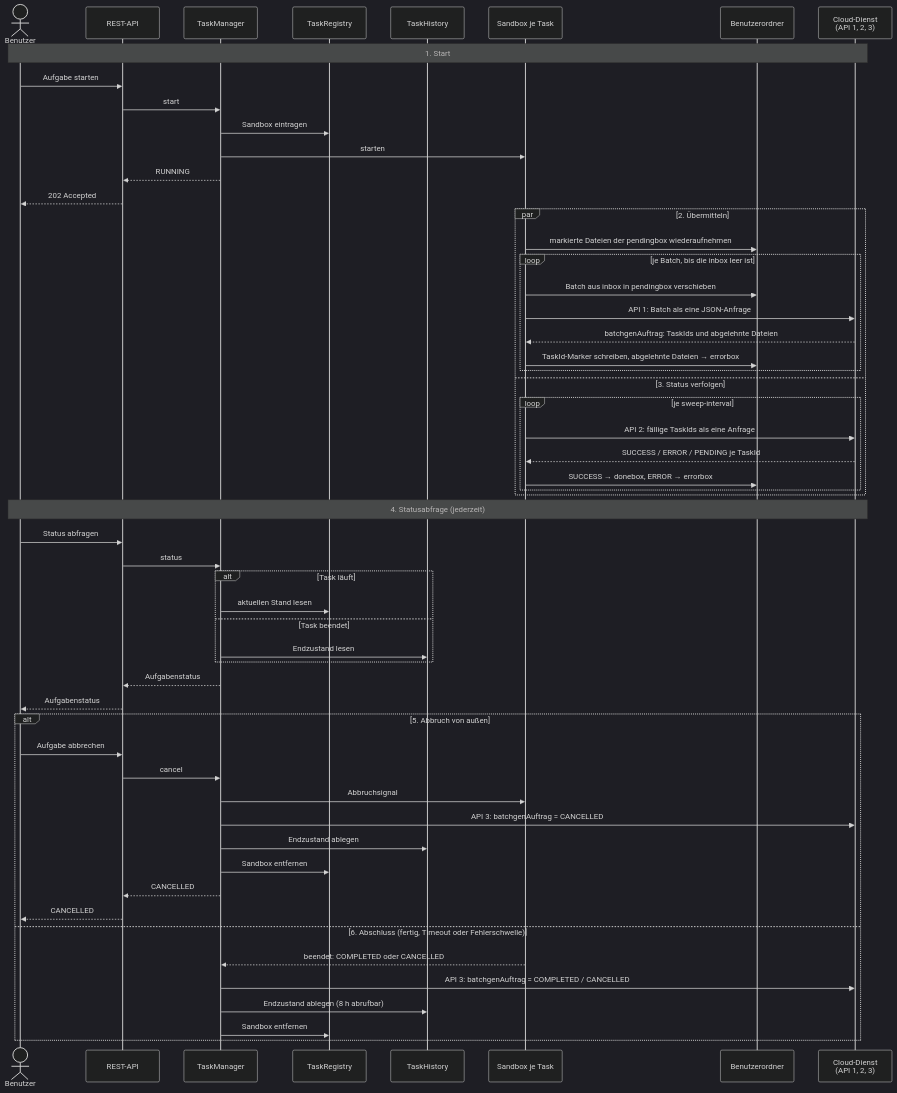
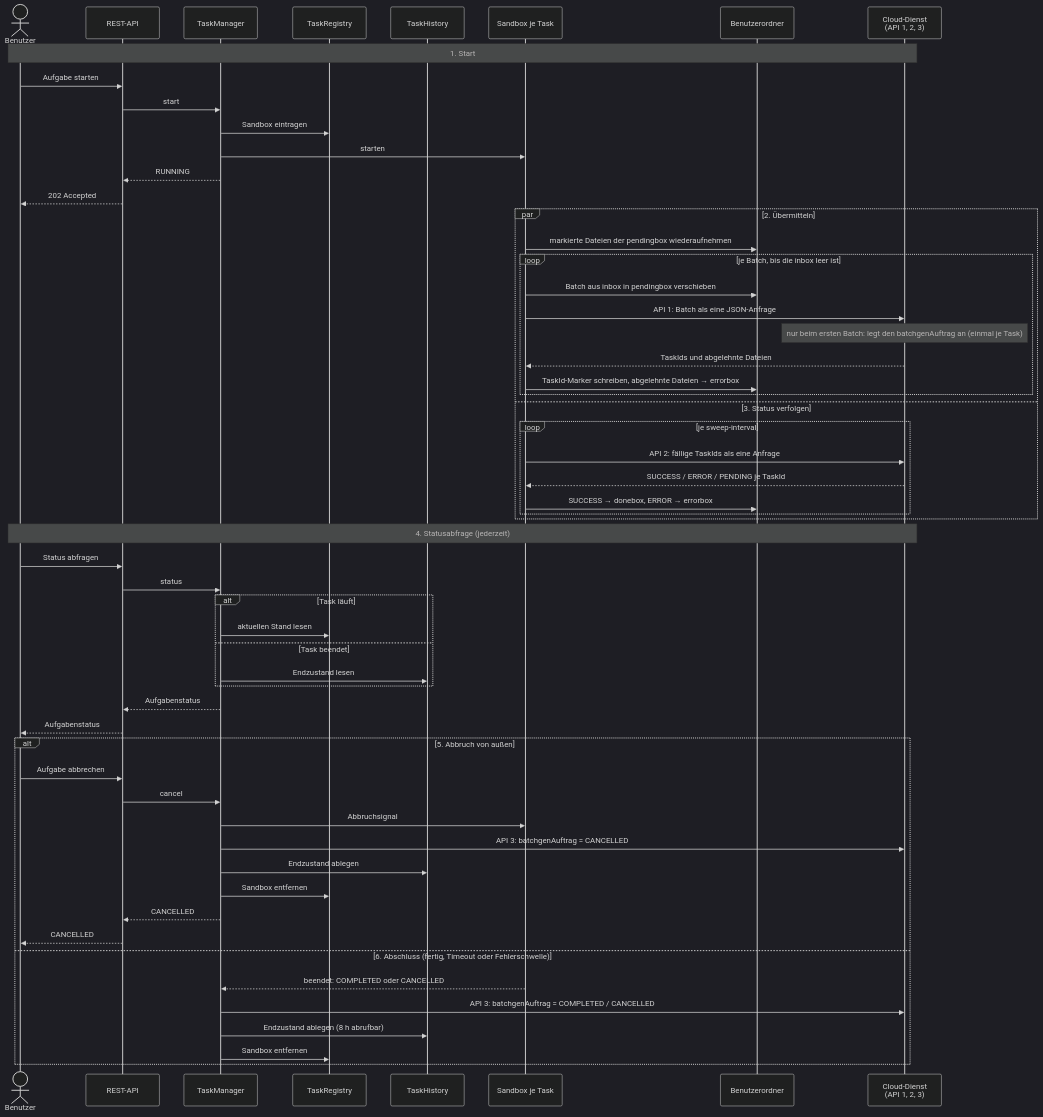
The diagram in docs/architect/funktionsweise_sequenz.mmd (wwsstl/asynchrone-anwendungsarchitektur), drawn with Mermaid (dark theme) before and after one commit. The commit also changed 4 other files, not shown here.

```diff
--- a/docs/architect/funktionsweise_sequenz.mmd
+++ b/docs/architect/funktionsweise_sequenz.mmd
@@ -1,62 +1,63 @@
 sequenceDiagram
     %% Erste Ebene zu funktionsweise_sequenz.md – die Sandbox je Task ist eine Blackbox
 
     actor B as Benutzer
     participant API as REST-API
     participant TM as TaskManager
     participant Reg as TaskRegistry
     participant Hist as TaskHistory
     participant S as Sandbox je Task
     participant O as Benutzerordner
     participant Cloud as Cloud-Dienst<br/>(API 1, 2, 3)
 
     Note over B,Cloud: 1. Start
     B->>API: Aufgabe starten
     API->>TM: start
     TM->>Reg: Sandbox eintragen
     TM->>S: starten
     TM-->>API: RUNNING
     API-->>B: 202 Accepted
 
     par 2. Übermitteln
         S->>O: markierte Dateien der pendingbox wiederaufnehmen
         loop je Batch, bis die inbox leer ist
             S->>O: Batch aus inbox in pendingbox verschieben
             S->>Cloud: API 1: Batch als eine JSON-Anfrage
-            Cloud-->>S: batchgenAuftrag: TaskIds und abgelehnte Dateien
+            Note over Cloud: nur beim ersten Batch: legt den batchgenAuftrag an (einmal je Task)
+            Cloud-->>S: TaskIds und abgelehnte Dateien
             S->>O: TaskId-Marker schreiben, abgelehnte Dateien → errorbox
         end
     and 3. Status verfolgen
         loop je sweep-interval
             S->>Cloud: API 2: fällige TaskIds als eine Anfrage
             Cloud-->>S: SUCCESS / ERROR / PENDING je TaskId
             S->>O: SUCCESS → donebox, ERROR → errorbox
         end
     end
 
     Note over B,Cloud: 4. Statusabfrage (jederzeit)
     B->>API: Status abfragen
     API->>TM: status
     alt Task läuft
         TM->>Reg: aktuellen Stand lesen
     else Task beendet
         TM->>Hist: Endzustand lesen
     end
     TM-->>API: Aufgabenstatus
     API-->>B: Aufgabenstatus
 
     alt 5. Abbruch von außen
         B->>API: Aufgabe abbrechen
         API->>TM: cancel
         TM->>S: Abbruchsignal
         TM->>Cloud: API 3: batchgenAuftrag = CANCELLED
         TM->>Hist: Endzustand ablegen
         TM->>Reg: Sandbox entfernen
         TM-->>API: CANCELLED
         API-->>B: CANCELLED
     else 6. Abschluss (fertig, Timeout oder Fehlerschwelle)
         S-->>TM: beendet: COMPLETED oder CANCELLED
         TM->>Cloud: API 3: batchgenAuftrag = COMPLETED / CANCELLED
         TM->>Hist: Endzustand ablegen (8 h abrufbar)
         TM->>Reg: Sandbox entfernen
     end
```
